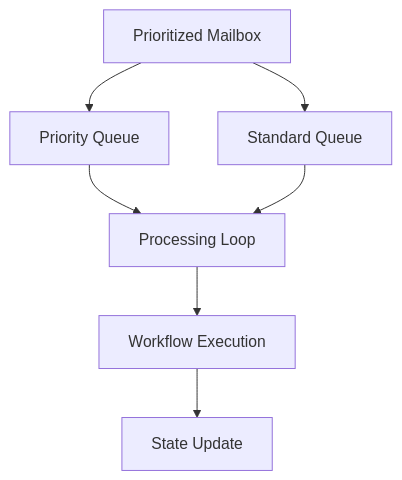
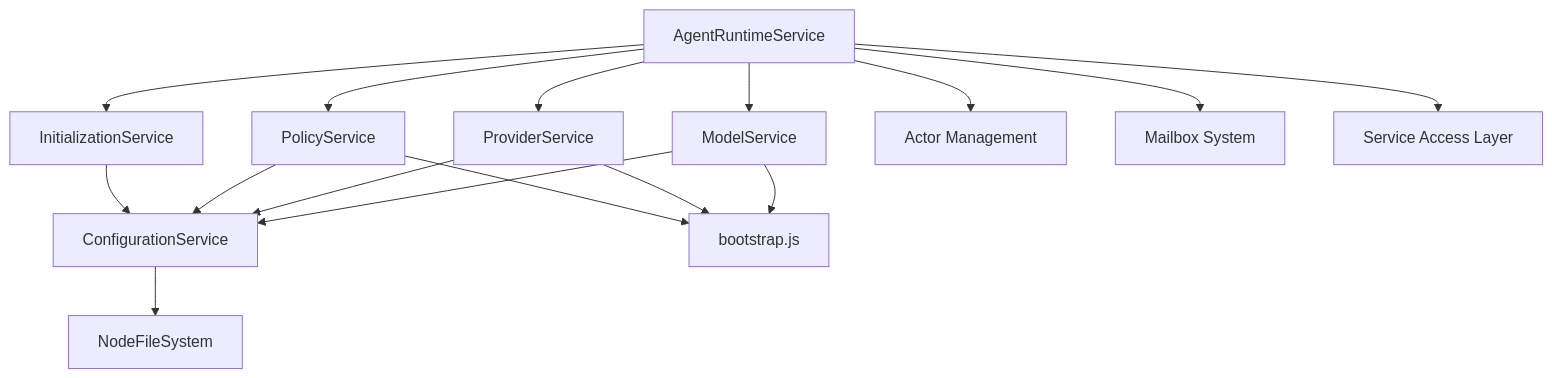
The first of 2 diagrams in src/agent-runtime/docs/ARCHITECTURE.md (PaulJPhilp/EffectiveAgent), drawn with Mermaid before and after one commit. The commit also changed other lines of this file and 31 other files, not shown here.

First line of the commit message:
refactor: enhance agent runtime service with improved configuration and modularization

````diff
--- a/src/agent-runtime/docs/ARCHITECTURE.md
+++ b/src/agent-runtime/docs/ARCHITECTURE.md
@@ -41,9 +37,22 @@
 ```mermaid
 graph TD
-    A[Prioritized Mailbox] --> B[Priority Queue]
-    A --> C[Standard Queue]
-    B --> D[Processing Loop]
-    C --> D
-    D --> E[Workflow Execution]
-    E --> F[State Update]
+    A[AgentRuntimeService] --> B[ModelService]
+    A --> C[ProviderService]  
+    A --> D[PolicyService]
+    A --> E[InitializationService]
+    
+    B --> F[ConfigurationService]
+    C --> F
+    D --> F
+    E --> F
+    
+    F --> G[NodeFileSystem]
+    
+    B --> H[bootstrap.js]
+    C --> H
+    D --> H
+    
+    A --> I[Actor Management]
+    A --> J[Mailbox System]
+    A --> K[Service Access Layer]
 ```
````
